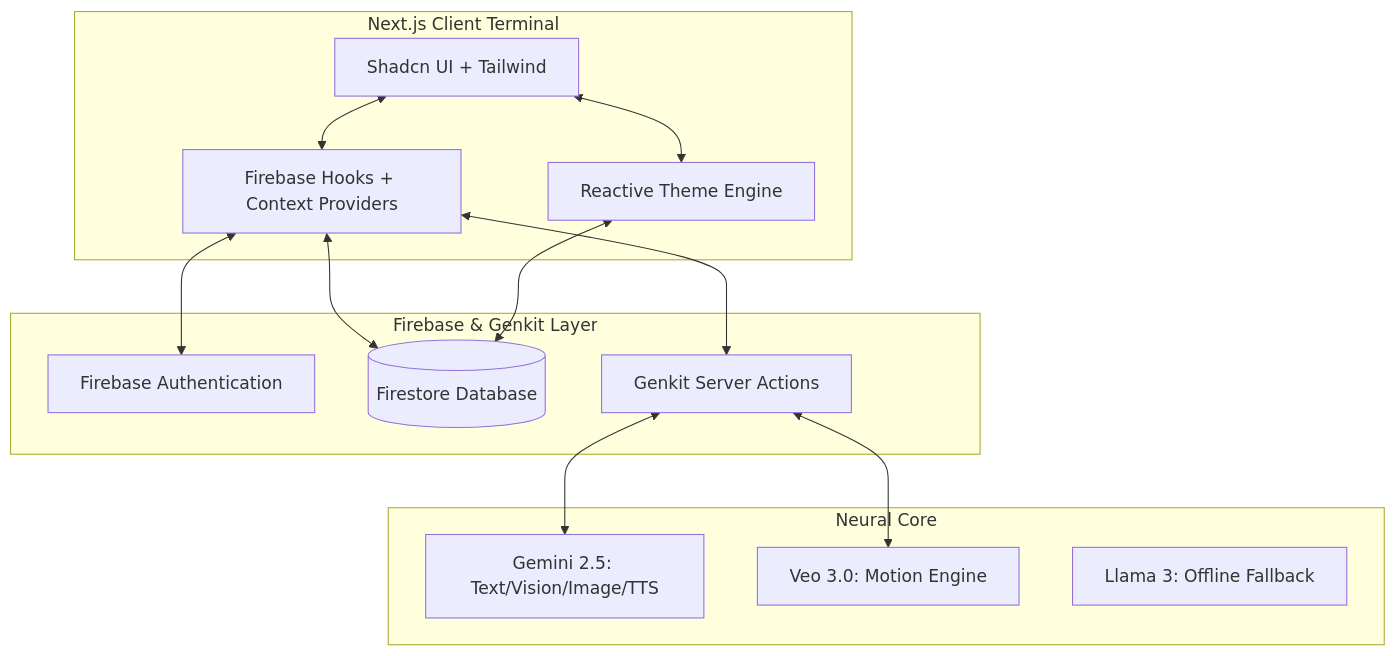
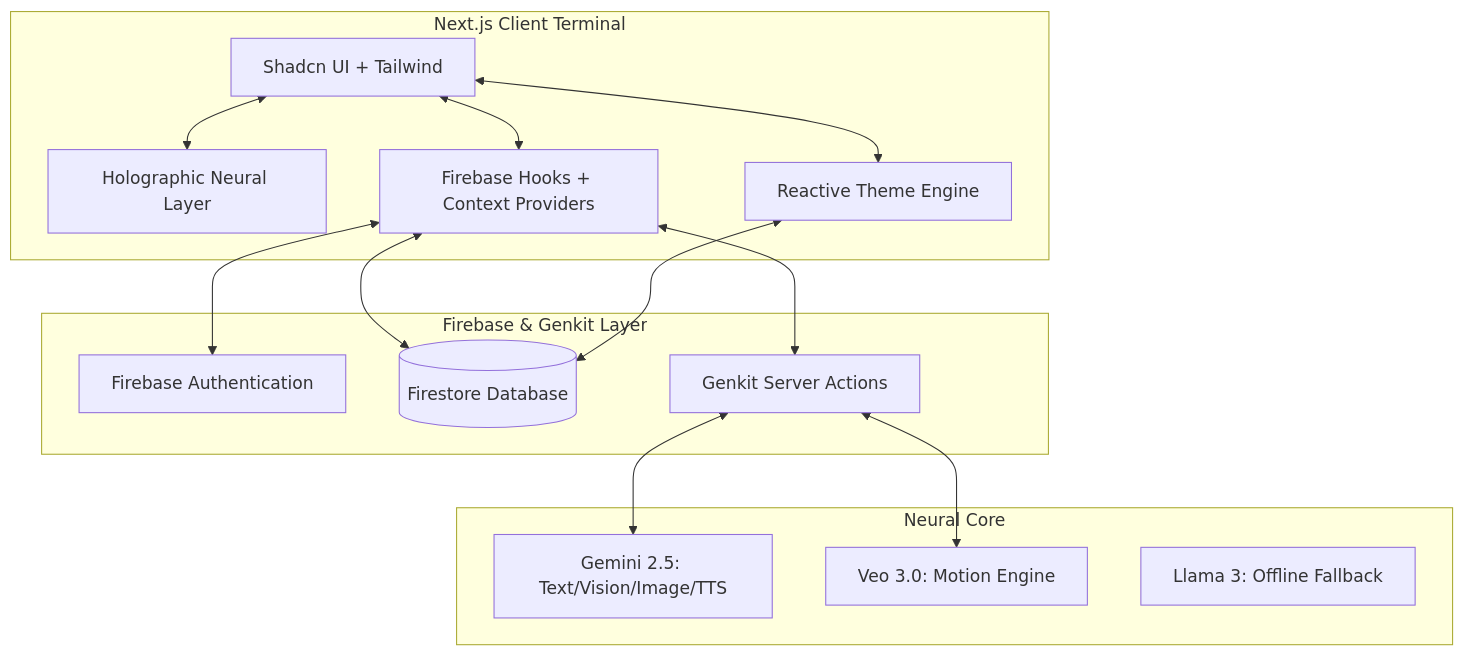
One commit to jndakola1/AIva changed the diagram in README.md. Above: the diagram before and after it, drawn with Mermaid. The commit also changed other lines of this file and 3 other files, not shown here.

````diff
--- a/README.md
+++ b/README.md
@@ -37,29 +38,31 @@
 ```mermaid
 graph TD
     subgraph Frontend [Next.js Client Terminal]
         UI[Shadcn UI + Tailwind]
+        Holo[Holographic Neural Layer]
         Hooks[Firebase Hooks + Context Providers]
         Theme[Reactive Theme Engine]
     end
 
     subgraph Backend [Firebase & Genkit Layer]
         Auth[Firebase Authentication]
         DB[(Firestore Database)]
         GK[Genkit Server Actions]
     end
 
     subgraph AI_Engines [Neural Core]
         G25[Gemini 2.5: Text/Vision/Image/TTS]
         V3[Veo 3.0: Motion Engine]
         Ollama[Llama 3: Offline Fallback]
     end
 
+    UI <--> Holo
     UI <--> Hooks
     Hooks <--> Auth
     Hooks <--> DB
     Hooks <--> GK
     GK <--> G25
     GK <--> V3
     UI <--> Theme
     Theme <--> DB
 ```
````
